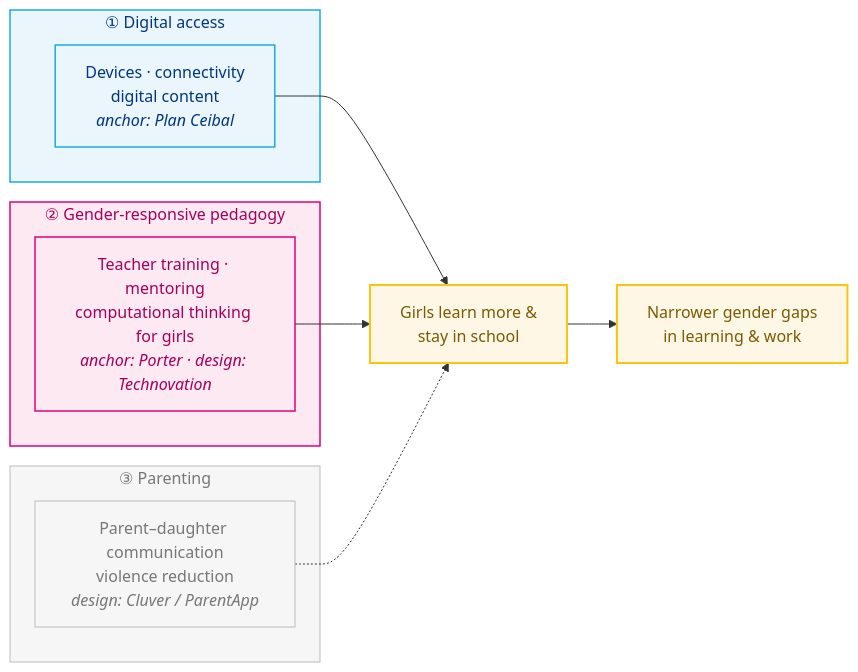
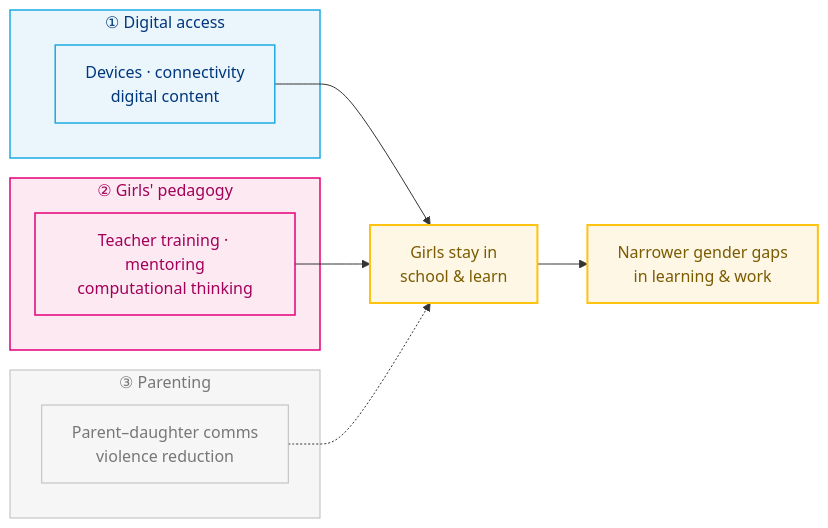
One commit to hgrueso/bolivia-aula-conectada changed the first of 2 diagrams in code/06_slides_en.qmd. Above: the diagram before and after it, drawn with Mermaid. The commit also changed other lines of this file and 3 other files, not shown here.

Commit message:
Anchor on Evans & Yuan (2022) girl-specific meta-analysis; drop Porter as anchor; add NEET; diagram + table layout fixes

````diff
--- a/code/06_slides_en.qmd
+++ b/code/06_slides_en.qmd
@@ -326,27 +326,27 @@
 ```{mermaid}
-%%| fig-width: 13
+%%| fig-width: 14
 flowchart LR
     subgraph A["① Digital access"]
-        A1["Devices · connectivity<br/>digital content<br/><i>anchor: Plan Ceibal</i>"]
+        A1["Devices · connectivity<br/>digital content"]
     end
-    subgraph B["② Gender-responsive pedagogy"]
-        B1["Teacher training · mentoring<br/>computational thinking for girls<br/><i>anchor: Porter · design: Technovation</i>"]
+    subgraph B["② Girls' pedagogy"]
+        B1["Teacher training · mentoring<br/>computational thinking"]
     end
     subgraph C["③ Parenting"]
-        C1["Parent–daughter communication<br/>violence reduction<br/><i>design: Cluver / ParentApp</i>"]
+        C1["Parent–daughter comms<br/>violence reduction"]
     end
 
-    A1 --> R["Girls learn more &<br/>stay in school"]
+    A1 --> R["Girls stay in<br/>school & learn"]
     B1 --> R
     C1 -.-> R
     R --> I["Narrower gender gaps<br/>in learning & work"]
 
     class A,A1 layerA
     class B,B1 layerB
     class C,C1 layerC
     class R,I outcome
     classDef layerA fill:#eaf6fc,stroke:#1CABE2,stroke-width:1.5px,color:#00377C
     classDef layerB fill:#fde9f2,stroke:#E2007A,stroke-width:1.5px,color:#a3005a
     classDef layerC fill:#f6f6f6,stroke:#bbbbbb,stroke-width:1px,color:#777777
     classDef outcome fill:#fff7e6,stroke:#FFC20E,stroke-width:2px,color:#7a5b00
 ```
````
